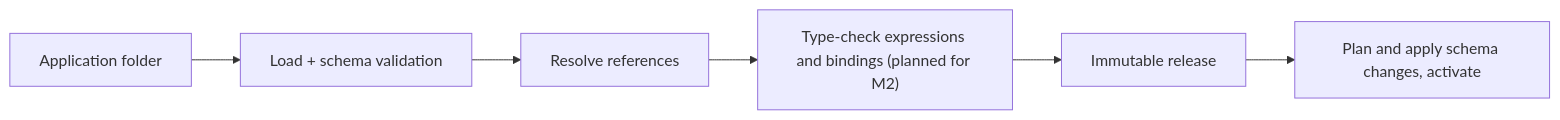
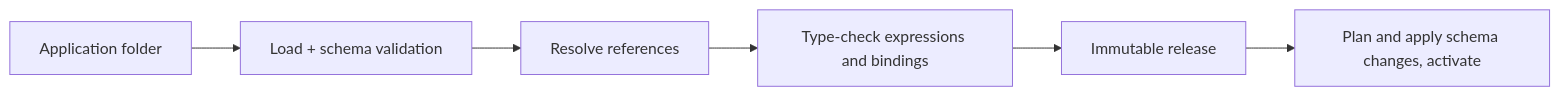
One commit to phuongnse/axis changed the diagram in docs/reference/configuration.md. Above: the diagram before and after it, drawn with Mermaid. The commit also changed other lines of this file and 30 other files, not shown here.

````diff
--- a/docs/reference/configuration.md
+++ b/docs/reference/configuration.md
@@ -9,8 +9,8 @@
 ```mermaid
 flowchart LR
     Folder[Application folder] --> Load[Load + schema validation]
     Load --> Resolve[Resolve references]
-    Resolve --> Check["Type-check expressions and bindings (planned for M2)"]
+    Resolve --> Check[Type-check expressions and bindings]
     Check --> Release[Immutable release]
     Release --> Activate[Plan and apply schema changes, activate]
 ```
````
